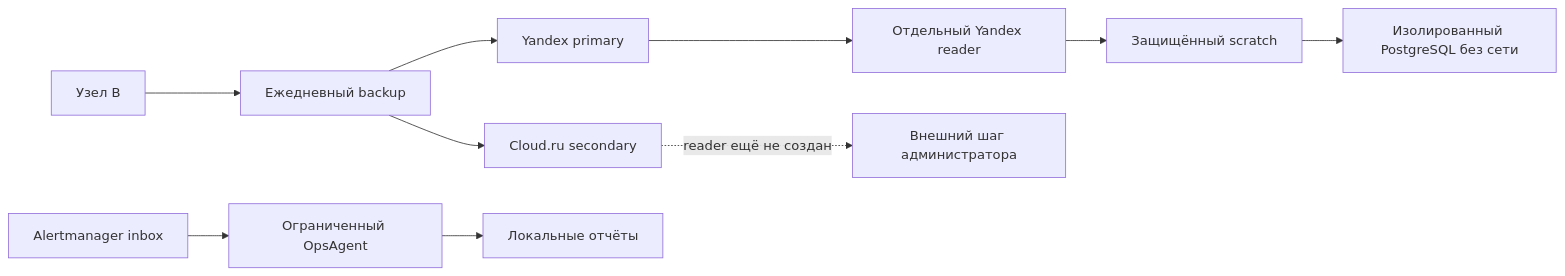
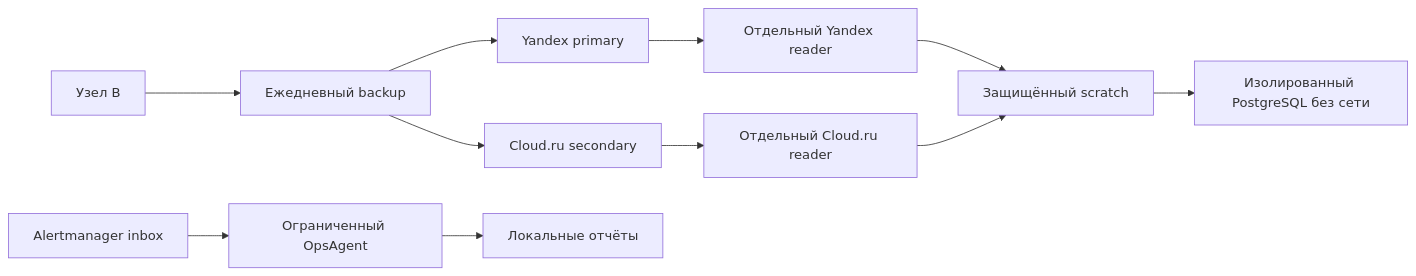
The diagram in for-humans/06-node-b-readiness.md (djd1m/corp-infra-bootstrap), drawn with Mermaid before and after one commit. The commit also changed other lines of this file, not shown here.

Commit message:
Close node B Cloud.ru reader acceptance gap

````diff
--- a/for-humans/06-node-b-readiness.md
+++ b/for-humans/06-node-b-readiness.md
@@ -42,12 +42,13 @@
 ```mermaid
 flowchart LR
   Host[Узел B] --> Daily[Ежедневный backup]
   Daily --> Primary[Yandex primary]
   Daily --> Secondary[Cloud.ru secondary]
   Primary --> Reader[Отдельный Yandex reader]
   Reader --> Scratch[Защищённый scratch]
   Scratch --> DB[Изолированный PostgreSQL без сети]
-  Secondary -. reader ещё не создан .-> Pending[Внешний шаг администратора]
+  Secondary --> CloudReader[Отдельный Cloud.ru reader]
+  CloudReader --> Scratch
   Alerts[Alertmanager inbox] --> Agent[Ограниченный OpsAgent]
   Agent --> Reports[Локальные отчёты]
 ```
````
